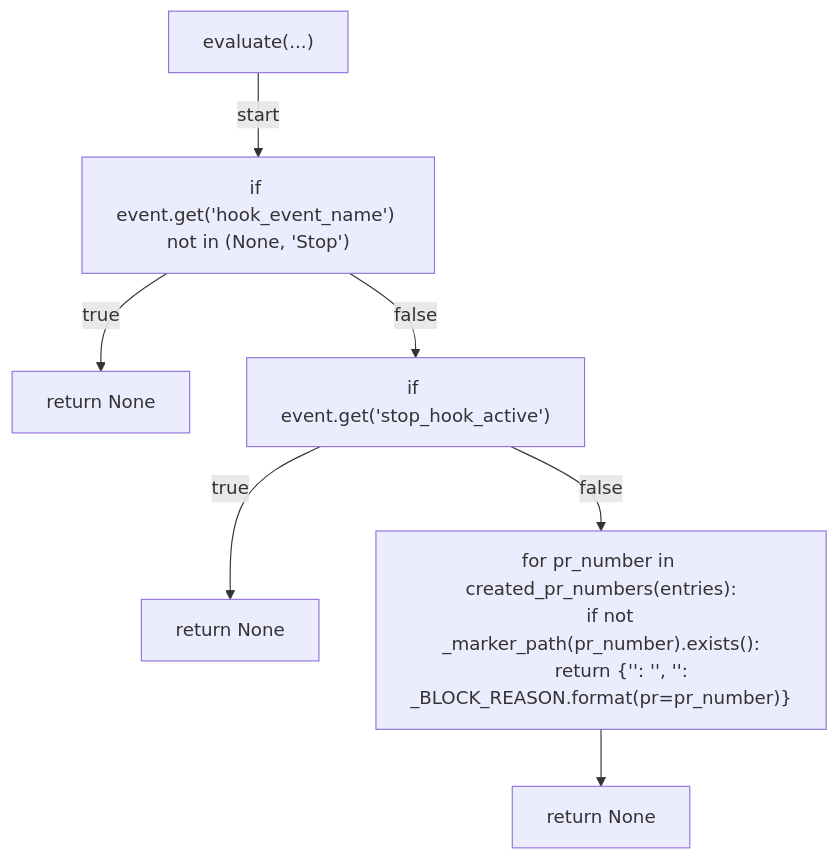
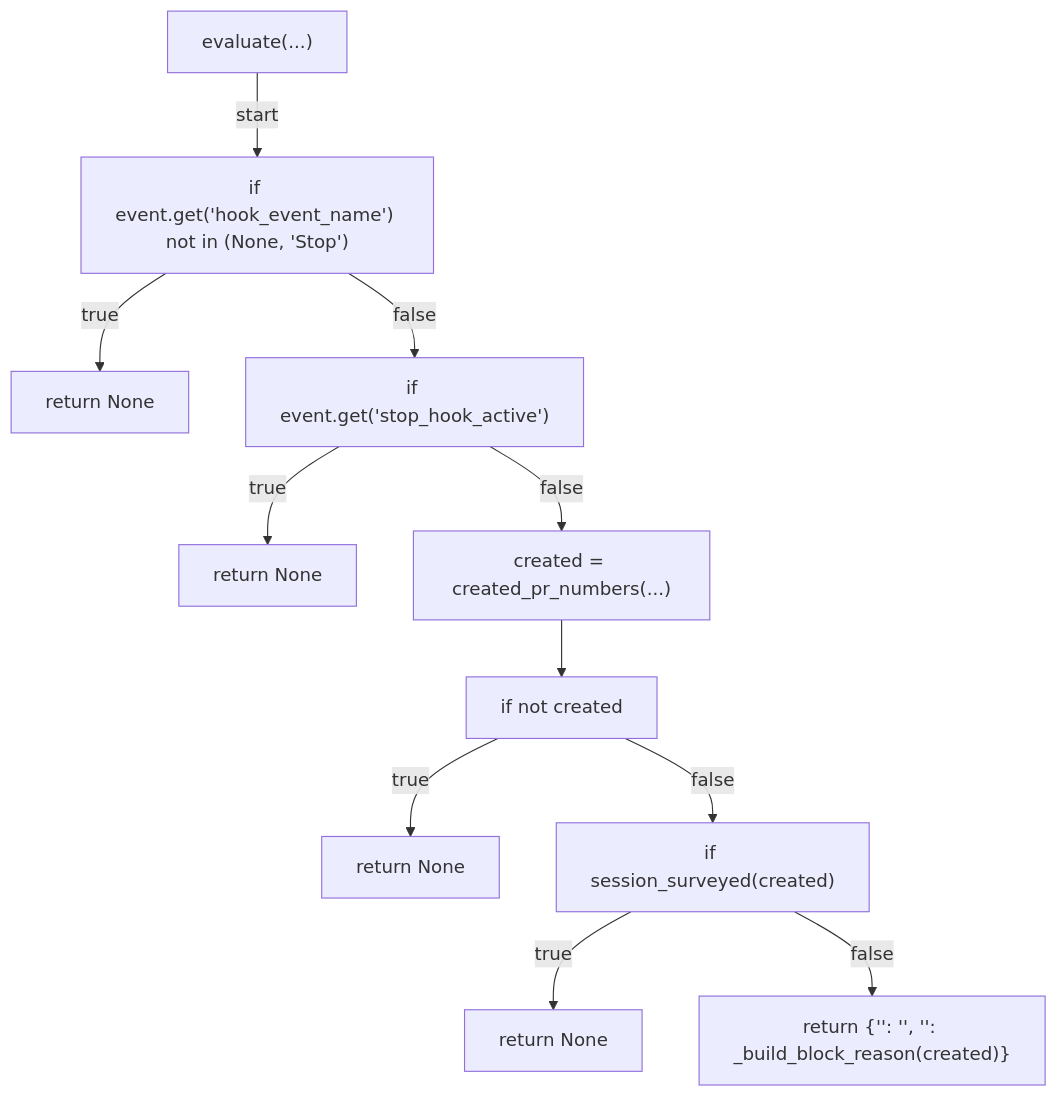
The ninth of 14 diagrams in docs/generated/scripts/ast/gate_handoff_retro_survey_askuserquestion.md (tvna/claude-md), drawn with Mermaid before and after one commit. The commit also changed other lines of this file, not shown here.

First line of the commit message:
docs(generated): regenerate decision tree and workflow diagrams

````diff
--- a/docs/generated/scripts/ast/gate_handoff_retro_survey_askuserquestion.md
+++ b/docs/generated/scripts/ast/gate_handoff_retro_survey_askuserquestion.md
@@ -154,18 +174,24 @@
 ```mermaid
 flowchart TD
     N001["evaluate(...)"]
     N002["if event.get('hook_event_name') not in (None, 'Stop')"]
     N003["return None"]
     N004["if event.get('stop_hook_active')"]
     N005["return None"]
-    N006["for pr_number in created_pr_numbers(entries):
-    if not _marker_path(pr_number).exists():
-        return {'<str>': '<str>', '<str>': _BLOCK_REASON.format(pr=pr_number)}"]
-    N007["return None"]
+    N006["created = created_pr_numbers(...)"]
+    N007["if not created"]
+    N008["return None"]
+    N009["if session_surveyed(created)"]
+    N010["return None"]
+    N011["return {'<str>': '<str>', '<str>': _build_block_reason(created)}"]
     N001 -->|"start"| N002
     N002 -->|"true"| N003
     N002 -->|"false"| N004
     N004 -->|"true"| N005
     N004 -->|"false"| N006
     N006 --> N007
+    N007 -->|"true"| N008
+    N007 -->|"false"| N009
+    N009 -->|"true"| N010
+    N009 -->|"false"| N011
 ```
````
